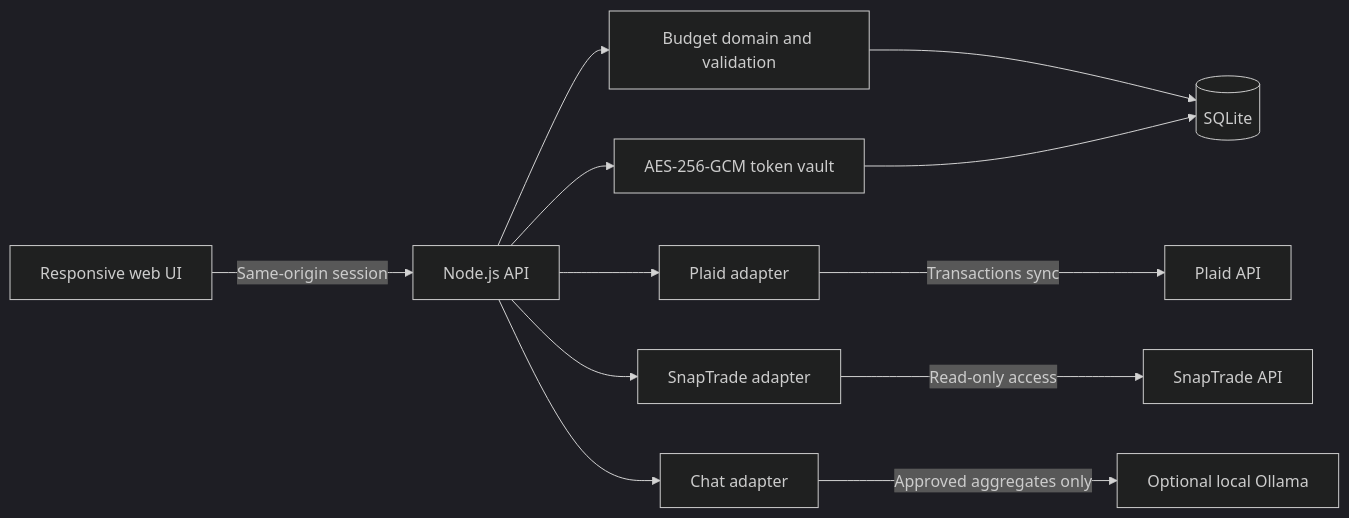
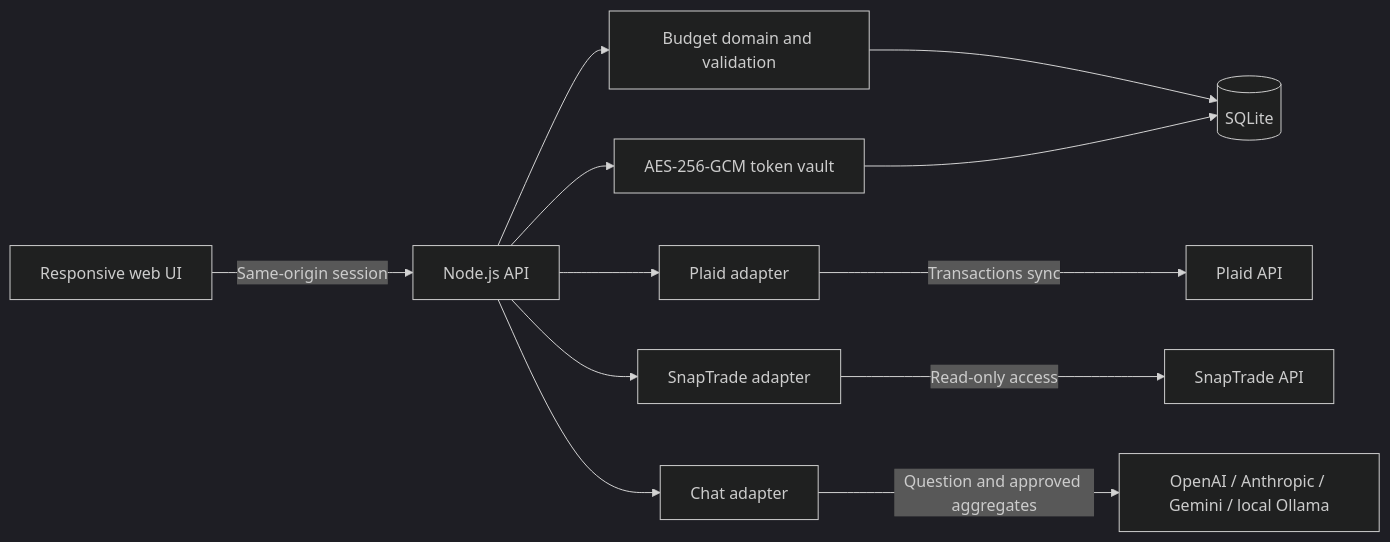
Before and after one commit to Zoraz01/budget-automation-studio: the diagram in README.md, drawn with Mermaid (dark theme). The commit also changed other lines of this file and 19 other files, not shown here.

````diff
--- a/README.md
+++ b/README.md
@@ -68,14 +71,14 @@
 ```mermaid
 flowchart LR
   UI[Responsive web UI] -->|Same-origin session| API[Node.js API]
   API --> Budget[Budget domain and validation]
   Budget --> DB[(SQLite)]
   API --> Plaid[Plaid adapter]
   Plaid -->|Transactions sync| Bank[Plaid API]
   API --> Snap[SnapTrade adapter]
   Snap -->|Read-only access| Broker[SnapTrade API]
   API --> Chat[Chat adapter]
-  Chat -->|Approved aggregates only| Local[Optional local Ollama]
+  Chat -->|Question and approved aggregates| AI[OpenAI / Anthropic / Gemini / local Ollama]
   API --> Vault[AES-256-GCM token vault]
   Vault --> DB
 ```
````
